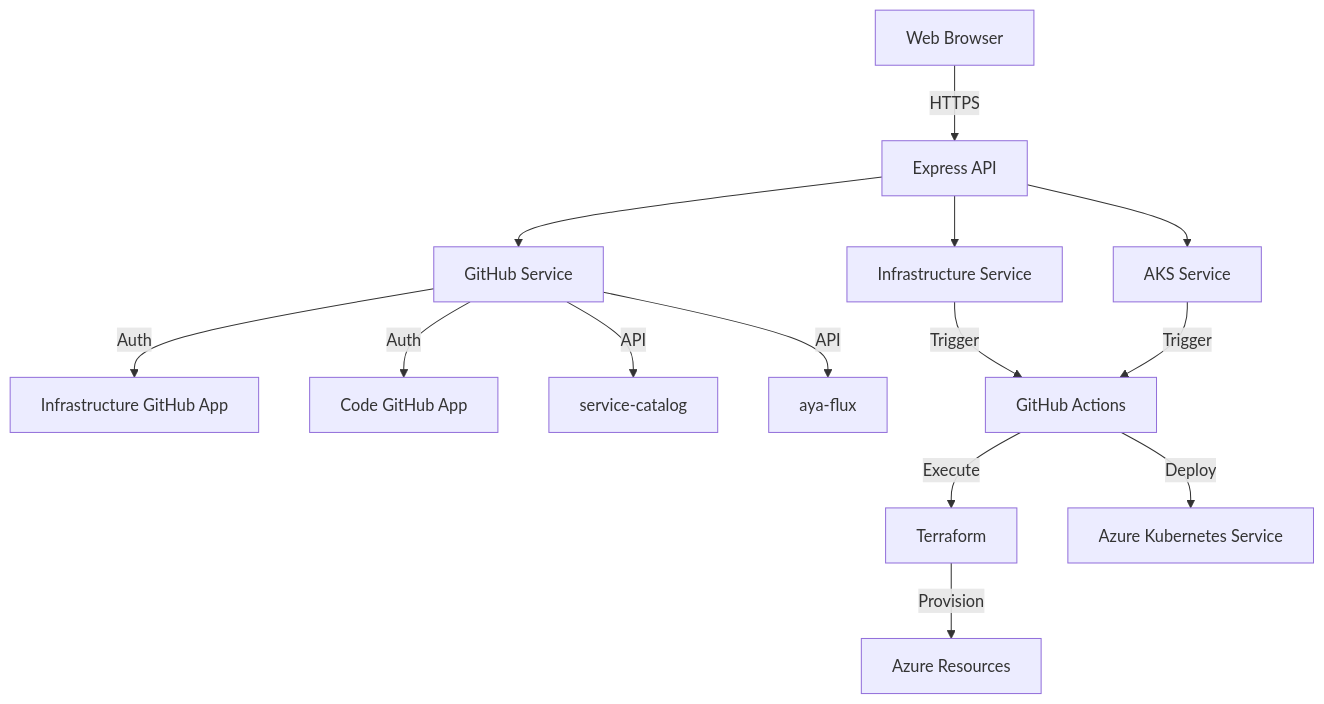
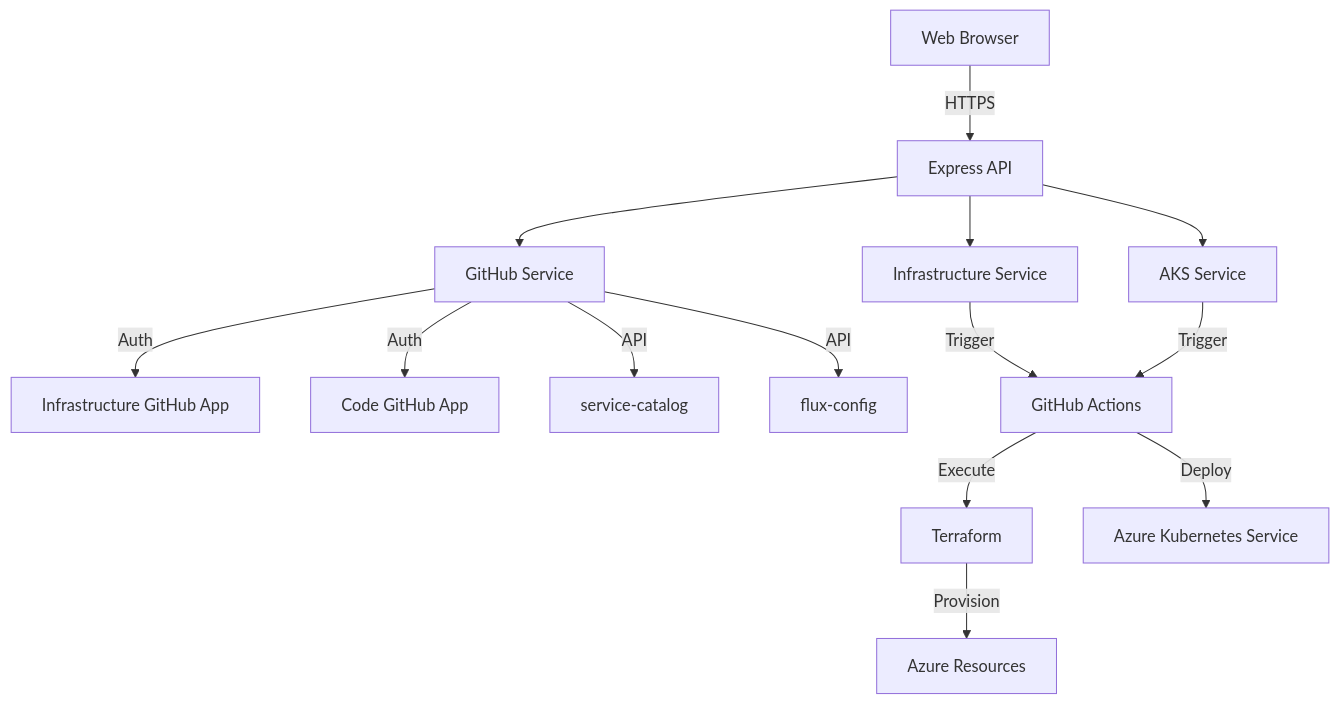
The first of 17 diagrams in docs/Architecture-Diagrams.md (sushilti80/infra-devex), drawn with Mermaid before and after one commit. The commit also changed other lines of this file and 225 other files, not shown here.

````diff
--- a/docs/Architecture-Diagrams.md
+++ b/docs/Architecture-Diagrams.md
@@ -29,20 +29,20 @@
 ```mermaid
 graph TB
     Browser[Web Browser] -->|HTTPS| Express[Express API]
     Express --> GitHubSvc[GitHub Service]
     Express --> InfraSvc[Infrastructure Service]
     Express --> AKSSvc[AKS Service]
     
     GitHubSvc -->|Auth| InfraApp[Infrastructure GitHub App]
     GitHubSvc -->|Auth| CodeApp[Code GitHub App]
     
     GitHubSvc -->|API| ServiceRepo[service-catalog]
-    GitHubSvc -->|API| FluxRepo[aya-flux]
+    GitHubSvc -->|API| FluxRepo[flux-config]
     
     InfraSvc -->|Trigger| GHActions[GitHub Actions]
     GHActions -->|Execute| Terraform
     Terraform -->|Provision| Azure[Azure Resources]
     
     AKSSvc -->|Trigger| GHActions
     GHActions -->|Deploy| AKS[Azure Kubernetes Service]
 ```
````
